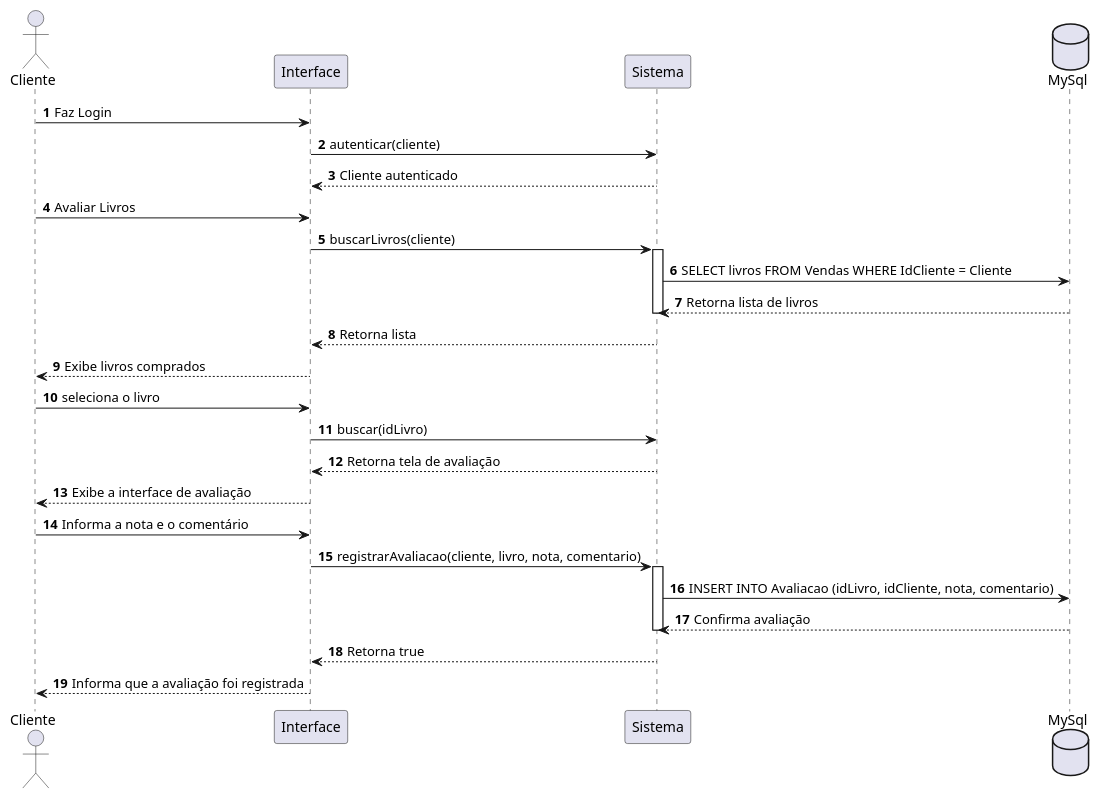
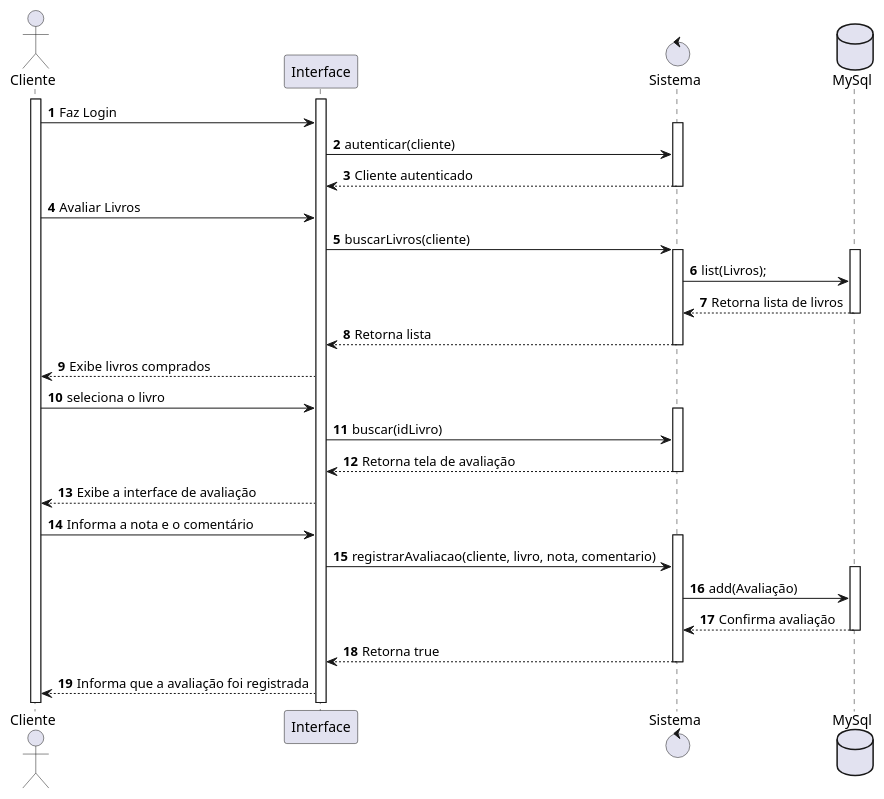
Before and after one commit to Gnunes27/Projeto-DSC: the second of 8 diagrams in Documentação/Diagramas/Diagramas de Sequencia/Script Diagramas de Sequencia.md, drawn with PlantUML. The commit also changed other lines of this file, not shown here.

Commit message:
Refatorando diagramas de sequência e atualizando interações

````diff
--- a/Documentação/Diagramas/Diagramas de Sequencia/Script Diagramas de Sequencia.md
+++ b/Documentação/Diagramas/Diagramas de Sequencia/Script Diagramas de Sequencia.md
@@ -90,39 +100,53 @@
 ```plantuml
 @startuml
 autonumber
 
 actor "Cliente" as Cliente
 participant "Interface" as Tela
-participant "Sistema" as Sis
+control "Sistema" as Sis
 database "MySql" as BD
 
+activate Cliente
+activate Tela
 Cliente -> Tela: Faz Login
+activate Sis
 Tela -> Sis: autenticar(cliente)
 Sis --> Tela: Cliente autenticado
+deactivate Sis
 
 Cliente -> Tela: Avaliar Livros
 Tela -> Sis: buscarLivros(cliente)
 activate Sis
-Sis -> BD: SELECT livros FROM Vendas WHERE IdCliente = Cliente
+activate BD
+Sis -> BD: list(Livros);
 BD --> Sis: Retorna lista de livros 
+deactivate BD
+
+Sis --> Tela: Retorna lista 
 deactivate Sis
-Sis --> Tela: Retorna lista 
+
 Tela --> Cliente: Exibe livros comprados
 
 Cliente -> Tela: seleciona o livro 
+activate Sis
 Tela -> Sis: buscar(idLivro)
 Sis --> Tela: Retorna tela de avaliação
+deactivate Sis
 Tela --> Cliente: Exibe a interface de avaliação
 
 Cliente -> Tela: Informa a nota e o comentário
+activate Sis
 Tela -> Sis: registrarAvaliacao(cliente, livro, nota, comentario)
-activate Sis
-Sis -> BD: INSERT INTO Avaliacao (idLivro, idCliente, nota, comentario)
+activate BD
+Sis -> BD: add(Avaliação)
 BD --> Sis: Confirma avaliação
-deactivate Sis
+deactivate BD
+
 
 Sis --> Tela: Retorna true
+deactivate Sis
 Tela --> Cliente: Informa que a avaliação foi registrada
 
-@enduml
+@enduml 
+
 ```
````
